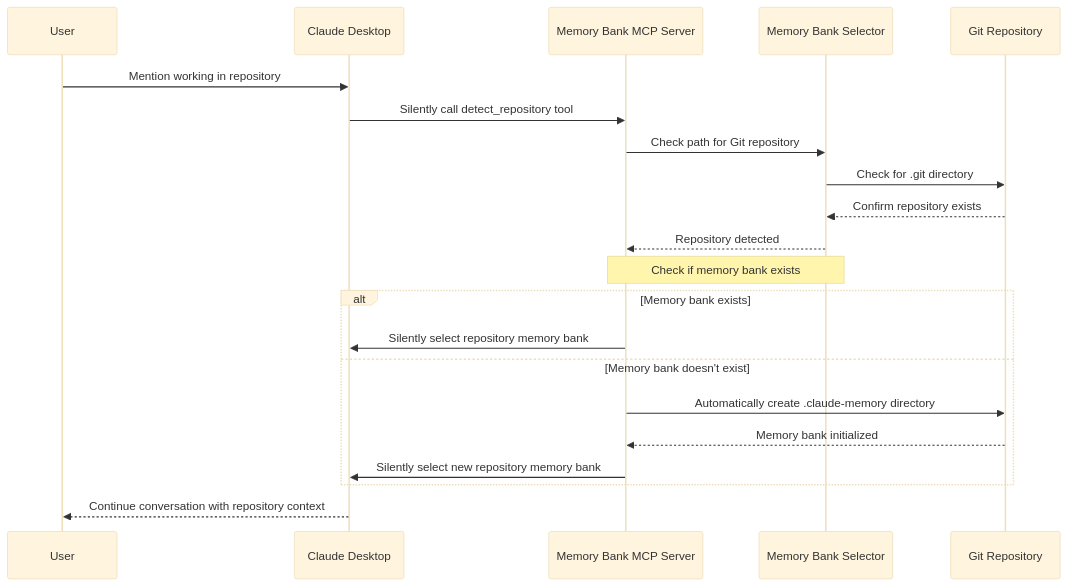
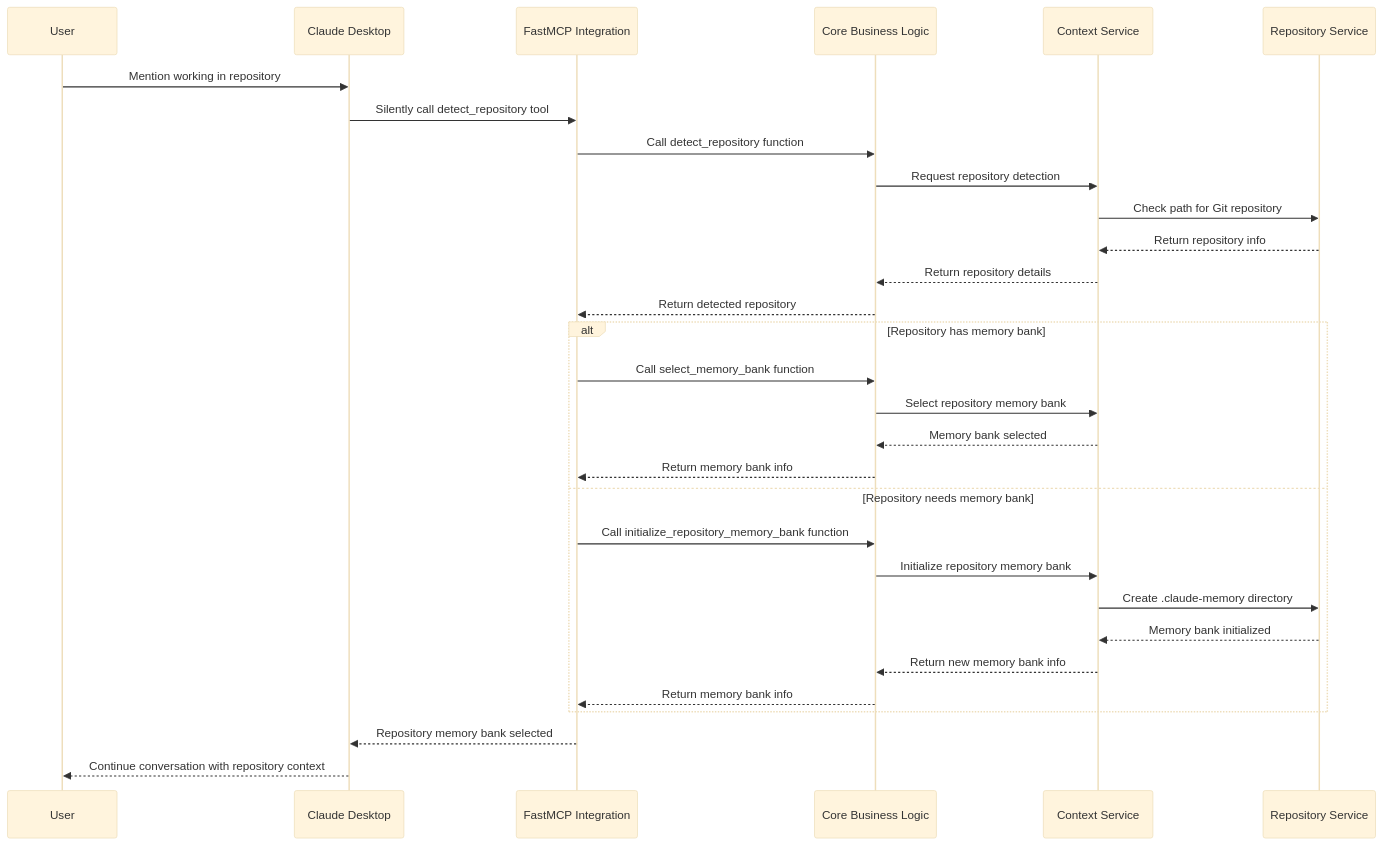
One commit to philippe-guerit/claude-desktop-memory-bank changed the eighth of 9 diagrams in doc/mcp-design.md. Above: the diagram before and after it, drawn with Mermaid (base theme). The commit also changed other lines of this file and 49 other files, not shown here.

Commit message:
major architecture refactor - untested

````diff
--- a/doc/mcp-design.md
+++ b/doc/mcp-design.md
@@ -246,24 +328,35 @@
 ```mermaid
 sequenceDiagram
     participant User
     participant CD as Claude Desktop
-    participant MCP as Memory Bank MCP Server
-    participant MBS as Memory Bank Selector
-    participant Git as Git Repository
+    participant FastMCP as FastMCP Integration
+    participant Core as Core Business Logic
+    participant ContextSvc as Context Service
+    participant RepoSvc as Repository Service
     
     User->>CD: Mention working in repository
-    CD->>MCP: Silently call detect_repository tool
-    MCP->>MBS: Check path for Git repository
-    MBS->>Git: Check for .git directory
-    Git-->>MBS: Confirm repository exists
-    MBS-->>MCP: Repository detected
-    Note over MCP,MBS: Check if memory bank exists
-    alt Memory bank exists
-        MCP->>CD: Silently select repository memory bank
-    else Memory bank doesn't exist
-        MCP->>Git: Automatically create .claude-memory directory
-        Git-->>MCP: Memory bank initialized
-        MCP->>CD: Silently select new repository memory bank
+    CD->>FastMCP: Silently call detect_repository tool
+    FastMCP->>Core: Call detect_repository function
+    Core->>ContextSvc: Request repository detection
+    ContextSvc->>RepoSvc: Check path for Git repository
+    RepoSvc-->>ContextSvc: Return repository info
+    ContextSvc-->>Core: Return repository details
+    Core-->>FastMCP: Return detected repository
+    
+    alt Repository has memory bank
+        FastMCP->>Core: Call select_memory_bank function
+        Core->>ContextSvc: Select repository memory bank
+        ContextSvc-->>Core: Memory bank selected
+        Core-->>FastMCP: Return memory bank info
+    else Repository needs memory bank
+        FastMCP->>Core: Call initialize_repository_memory_bank function
+        Core->>ContextSvc: Initialize repository memory bank
+        ContextSvc->>RepoSvc: Create .claude-memory directory
+        RepoSvc-->>ContextSvc: Memory bank initialized
+        ContextSvc-->>Core: Return new memory bank info
+        Core-->>FastMCP: Return memory bank info
     end
+    
+    FastMCP-->>CD: Repository memory bank selected
     CD-->>User: Continue conversation with repository context
 ```
````
